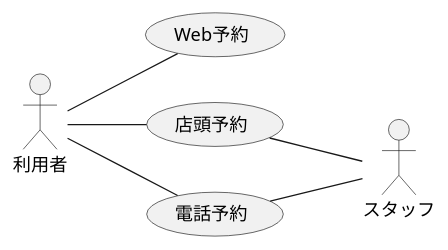
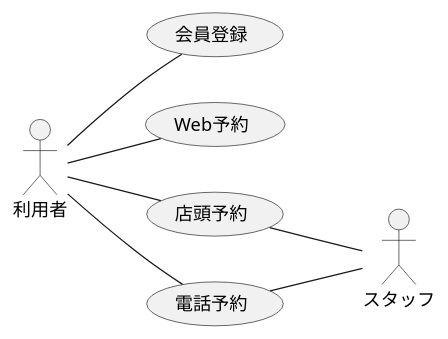
One commit to TakashiOnawa/ddd-practice-studio-reservation changed the diagram in modeling/04_BusinessUsecase_予約.pu. Above: the diagram before and after it, drawn with PlantUML. The commit also changed 38 other files, not shown here.

```diff
--- a/modeling/04_BusinessUsecase_予約.pu
+++ b/modeling/04_BusinessUsecase_予約.pu
@@ -1,14 +1,15 @@
 @startuml BusinessUsecase
 
 left to right direction
 
 actor 利用者
 actor スタッフ
 
+利用者 -- (会員登録)
 利用者 -- (Web予約)
 利用者 -- (店頭予約)
 (店頭予約) -- スタッフ
 利用者 -- (電話予約)
 (電話予約) -- スタッフ
 
 @enduml
```
